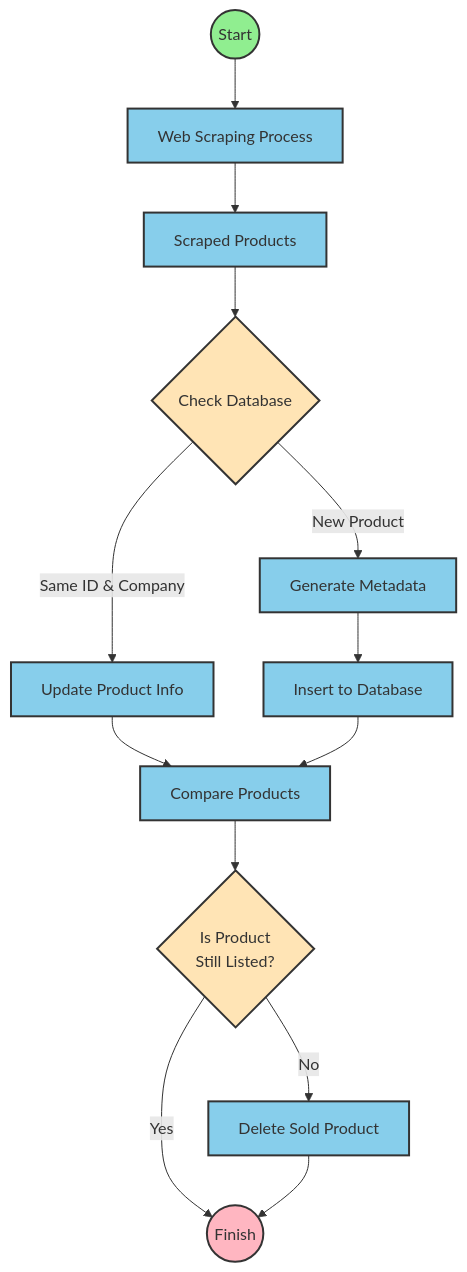
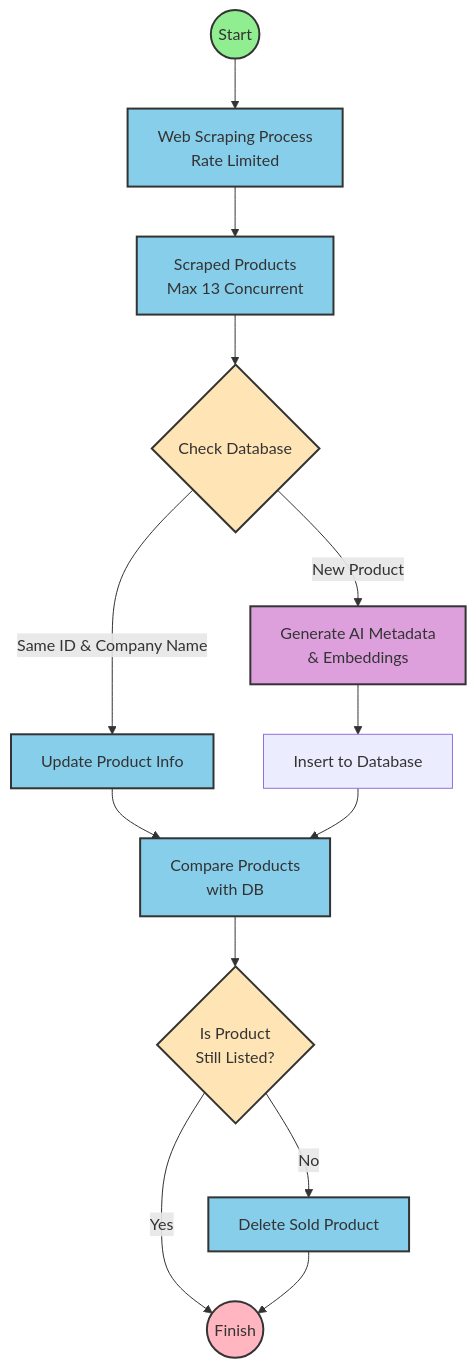
Before and after one commit to laguagu/kalustehaku: the diagram in README.md, drawn with Mermaid.

````diff
--- a/README.md
+++ b/README.md
@@ -325,29 +325,31 @@
 ```mermaid
 flowchart TD
-    A((Start)) --> B[Web Scraping Process]
-    B --> C[Scraped Products]
+    A((Start)) --> B[Web Scraping Process<br>Rate Limited]
+    B --> C[Scraped Products<br>Max 13 Concurrent]
     
     C --> D{Check Database}
-    D -->|Same ID & Company| E[Update Product Info]
-    D -->|New Product| F[Generate Metadata]
+    D -->|Same ID & Company Name| E[Update Product Info]
+    D -->|New Product| F[Generate AI Metadata<br>& Embeddings]
     
     F --> G[Insert to Database]
     
-    E --> H[Compare Products]
+    E --> H[Compare Products<br>with DB]
     G --> H
     
     H --> I{Is Product<br>Still Listed?}
     I -->|No| J[Delete Sold Product]
     I -->|Yes| K((Finish))
     J --> K
     
     classDef startNode fill:#90EE90,stroke:#333,stroke-width:2px
     classDef endNode fill:#FFB6C1,stroke:#333,stroke-width:2px
     classDef checkNode fill:#FFE4B5,stroke:#333,stroke-width:2px
     classDef processNode fill:#87CEEB,stroke:#333,stroke-width:2px
+    classDef aiNode fill:#DDA0DD,stroke:#333,stroke-width:2px
     
     class A startNode
     class K endNode
     class D,I checkNode
-    class B,C,E,F,G,H,J processNode
+    class B,C,E,H,J processNode
+    class F aiNode
 ```
````
